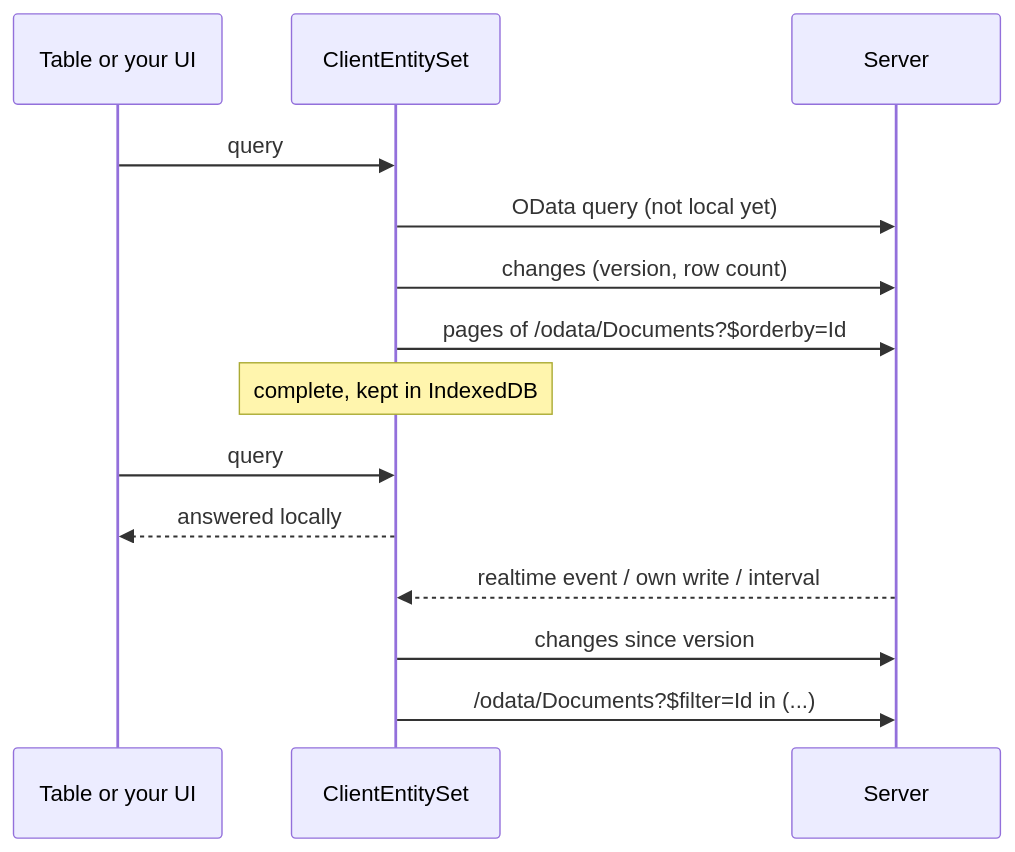
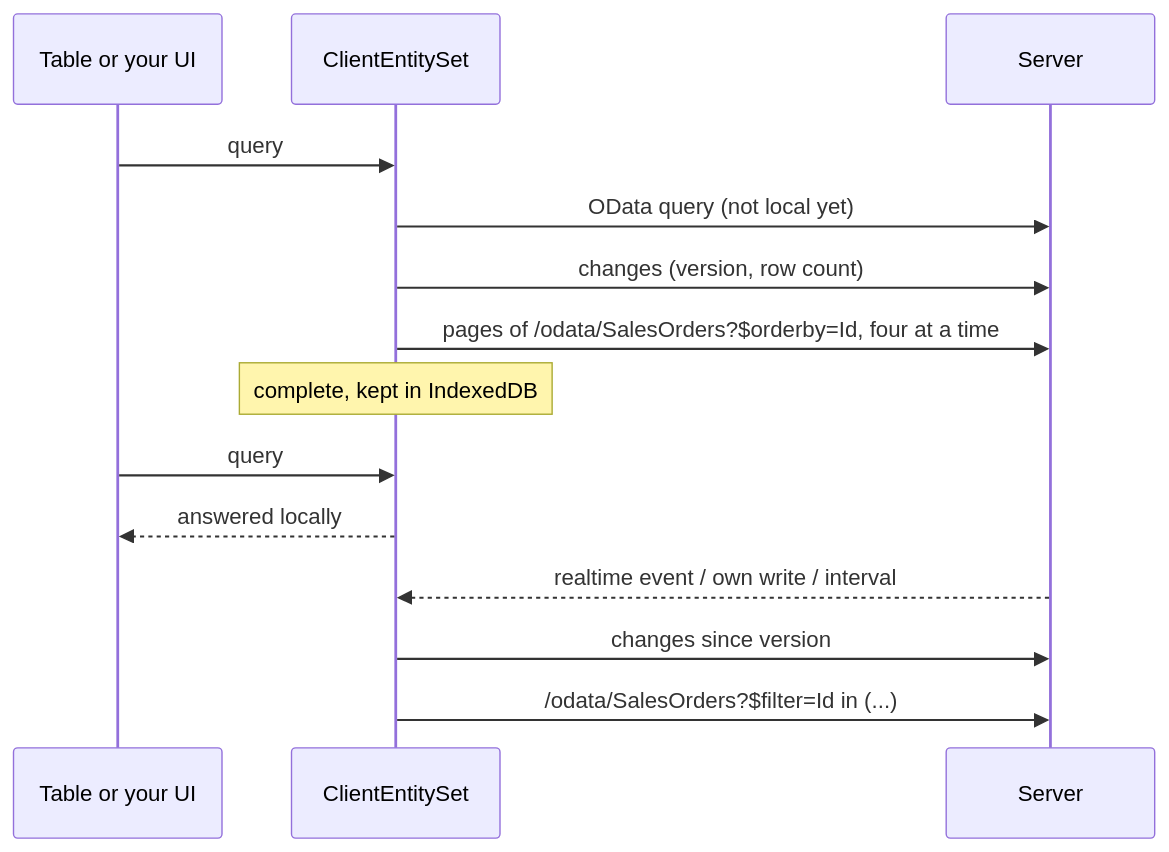
One commit to fgilde/CoworkeeLib changed the diagram in website/docs/ui/client-entities.md. Above: the diagram before and after it, drawn with Mermaid. The commit also changed other lines of this file and 8 other files, not shown here.

Commit message:
docs: client entities and application services as step by step guides with the sales orders sample and performance numbers, linked from home and first feature; http-api.de.md back to UTF-8

````diff
--- a/website/docs/ui/client-entities.md
+++ b/website/docs/ui/client-entities.md
@@ -5,16 +9,16 @@
 ```mermaid
 sequenceDiagram
     participant T as Table or your UI
     participant S as ClientEntitySet
     participant API as Server
     T->>S: query
     S->>API: OData query (not local yet)
     S->>API: changes (version, row count)
-    S->>API: pages of /odata/Documents?$orderby=Id
+    S->>API: pages of /odata/SalesOrders?$orderby=Id, four at a time
     Note over S: complete, kept in IndexedDB
     T->>S: query
     S-->>T: answered locally
     API-->>S: realtime event / own write / interval
     S->>API: changes since version
-    S->>API: /odata/Documents?$filter=Id in (...)
+    S->>API: /odata/SalesOrders?$filter=Id in (...)
 ```
````
